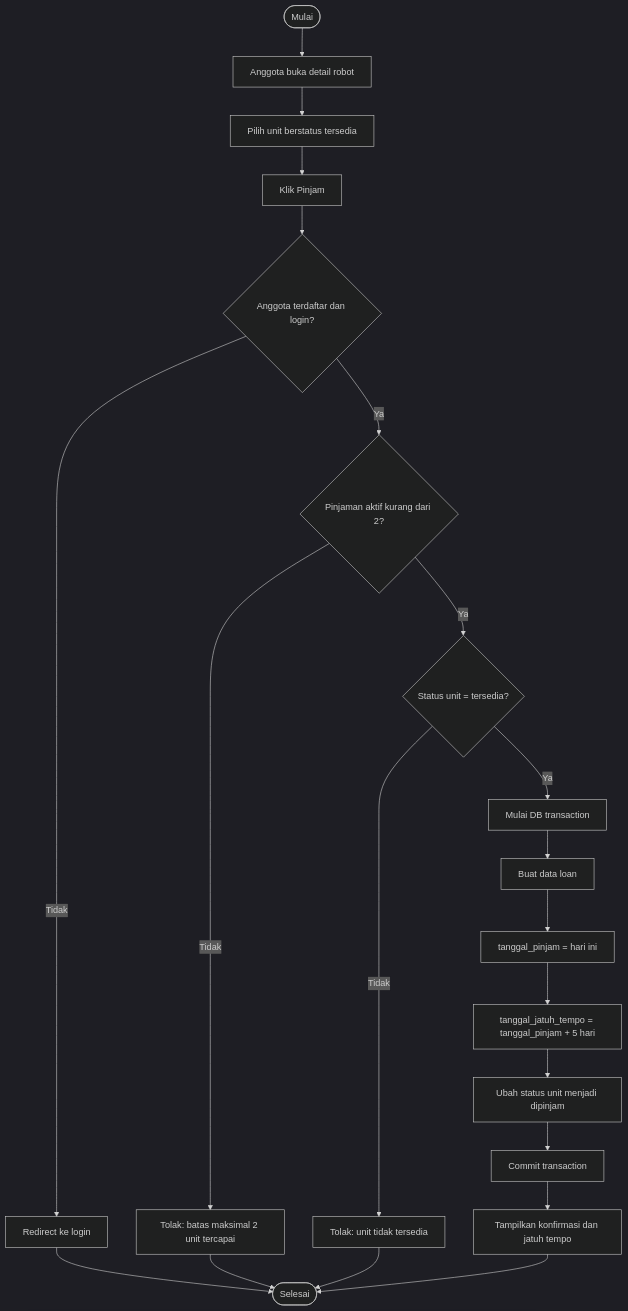
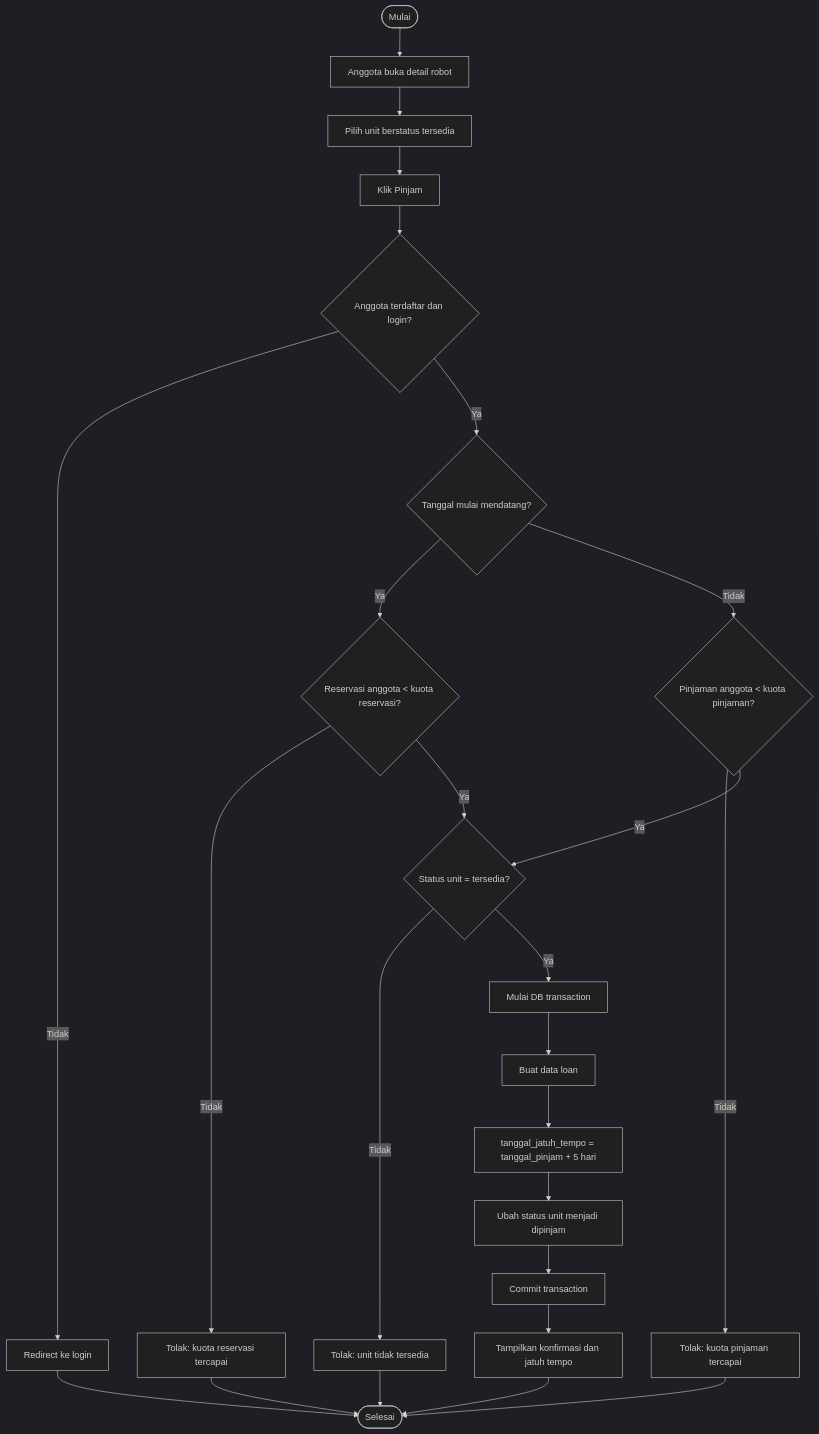
Before and after one commit to Ferdyanshh/RoPar: the fourth of 10 diagrams in Documentations/Flowchart.md, drawn with Mermaid (dark theme). The commit also changed 15 other files, not shown here.

````diff
--- a/Documentations/Flowchart.md
+++ b/Documentations/Flowchart.md
@@ -86,23 +86,27 @@
 ```mermaid
 flowchart TD
     S([Mulai]) --> A[Anggota buka detail robot]
     A --> B[Pilih unit berstatus tersedia]
     B --> C[Klik Pinjam]
     C --> D{Anggota terdaftar dan login?}
     D -- Tidak --> X1[Redirect ke login]
-    D -- Ya --> E{Pinjaman aktif kurang dari 2?}
-    E -- Tidak --> X2[Tolak: batas maksimal 2 unit tercapai]
-    E -- Ya --> F{Status unit = tersedia?}
-    F -- Tidak --> X3[Tolak: unit tidak tersedia]
-    F -- Ya --> G[Mulai DB transaction]
-    G --> H[Buat data loan]
-    H --> I[tanggal_pinjam = hari ini]
-    I --> J[tanggal_jatuh_tempo = tanggal_pinjam + 5 hari]
-    J --> K[Ubah status unit menjadi dipinjam]
-    K --> L[Commit transaction]
-    L --> M[Tampilkan konfirmasi dan jatuh tempo]
-    M --> E1([Selesai])
+    D -- Ya --> E{Tanggal mulai mendatang?}
+    E -- Ya --> F{Reservasi anggota < kuota reservasi?}
+    E -- Tidak --> G{Pinjaman anggota < kuota pinjaman?}
+    F -- Tidak --> X2[Tolak: kuota reservasi tercapai]
+    G -- Tidak --> X3[Tolak: kuota pinjaman tercapai]
+    F -- Ya --> H{Status unit = tersedia?}
+    G -- Ya --> H
+    H -- Tidak --> X4[Tolak: unit tidak tersedia]
+    H -- Ya --> I[Mulai DB transaction]
+    I --> J[Buat data loan]
+    J --> K[tanggal_jatuh_tempo = tanggal_pinjam + 5 hari]
+    K --> L[Ubah status unit menjadi dipinjam]
+    L --> M[Commit transaction]
+    M --> N[Tampilkan konfirmasi dan jatuh tempo]
+    N --> E1([Selesai])
     X1 --> E1
     X2 --> E1
     X3 --> E1
+    X4 --> E1
 ```
````
